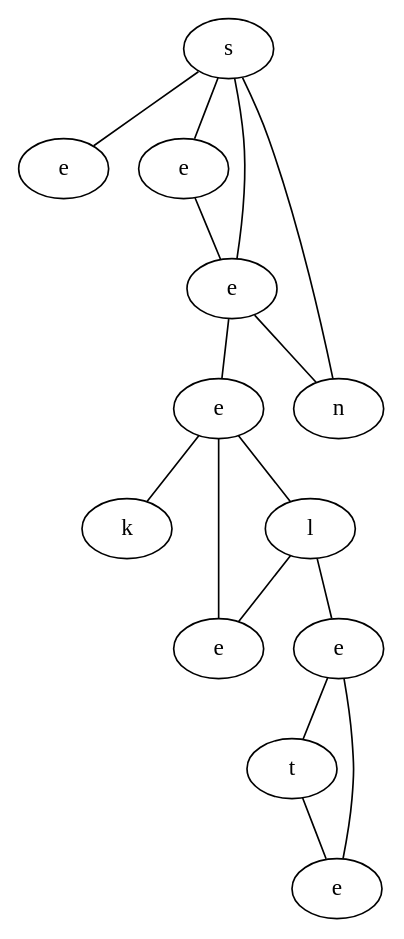
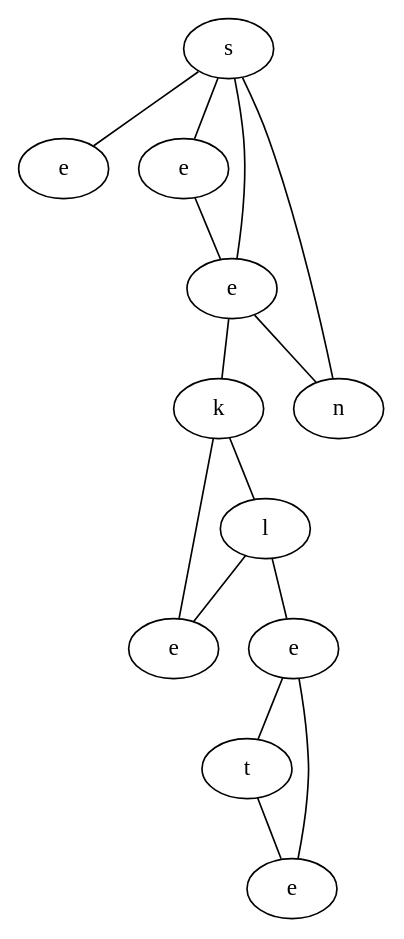
Before and after one commit to schrum2/MM-NEAT: the diagram in data/VGLC/graph.dot, drawn with Graphviz. The commit also changed 1 other file, not shown here.

```diff
--- a/data/VGLC/graph.dot
+++ b/data/VGLC/graph.dot
@@ -1,29 +1,27 @@
 graph {
-yZhe[label="s"]
-eWeS[label="e"]
-vmLS[label="e"]
-OYQt[label="e"]
-Mnwr[label="n"]
-yWHy[label="e"]
-PDtl[label="k"]
-ZiOE[label="l"]
-VqDb[label="e"]
-KtTI[label="e"]
-uSYg[label="t"]
-yUSH[label="e"]
-yZhe -- eWeS
-yZhe -- vmLS
-yZhe -- OYQt
-yZhe -- Mnwr
-vmLS -- OYQt
-OYQt -- yWHy
-OYQt -- Mnwr
-yWHy -- PDtl
-yWHy -- ZiOE
-yWHy -- VqDb
-ZiOE -- KtTI
-ZiOE -- VqDb
-KtTI -- uSYg
-KtTI -- yUSH
-uSYg -- yUSH
+dDKw[label="s"]
+amNj[label="e"]
+zViF[label="e"]
+kqFH[label="e"]
+pUET[label="n"]
+EzwW[label="k"]
+dsHF[label="l"]
+WDvA[label="e"]
+EYoF[label="e"]
+eRHu[label="t"]
+PjUN[label="e"]
+dDKw -- amNj
+dDKw -- zViF
+dDKw -- kqFH
+dDKw -- pUET
+zViF -- kqFH
+kqFH -- EzwW
+kqFH -- pUET
+EzwW -- dsHF
+EzwW -- WDvA
+dsHF -- WDvA
+dsHF -- EYoF
+EYoF -- eRHu
+EYoF -- PjUN
+eRHu -- PjUN
 }
```
